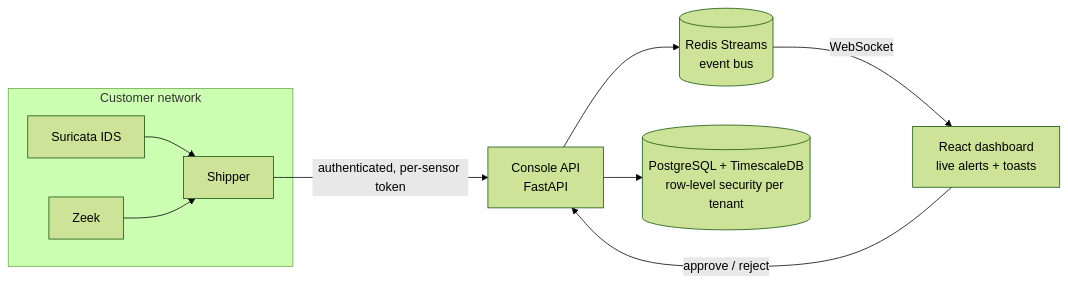
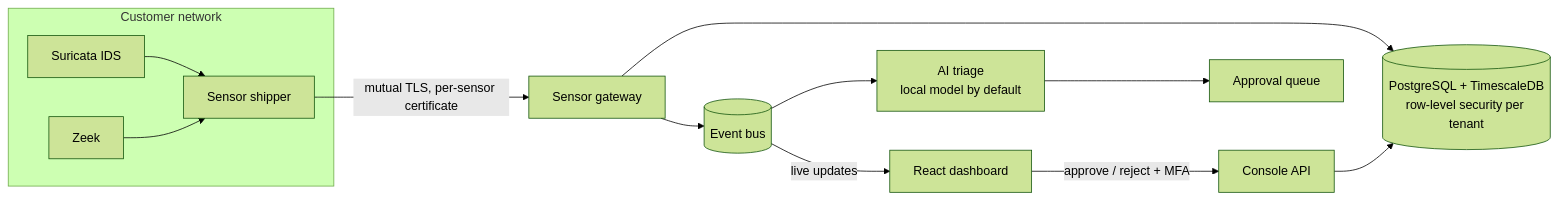
One commit to zmendz/amparo-showcase changed the diagram in README.md. Above: the diagram before and after it, drawn with Mermaid (forest theme). The commit also changed other lines of this file, not shown here.

````diff
--- a/README.md
+++ b/README.md
@@ -26,12 +29,15 @@
 ```mermaid
 flowchart LR
     subgraph Customer network
-        S[Suricata IDS] --> SH[Shipper]
+        S[Suricata IDS] --> SH[Sensor shipper]
         Z[Zeek] --> SH
     end
-    SH -- "authenticated, per-sensor token" --> API[Console API<br/>FastAPI]
-    API --> R[(Redis Streams<br/>event bus)]
-    API --> DB[(PostgreSQL + TimescaleDB<br/>row-level security per tenant)]
-    R -- WebSocket --> UI[React dashboard<br/>live alerts + toasts]
-    UI -- "approve / reject" --> API
+    SH -- "mutual TLS, per-sensor certificate" --> GW[Sensor gateway]
+    GW --> DB[(PostgreSQL + TimescaleDB<br/>row-level security per tenant)]
+    GW --> R[(Event bus)]
+    R --> AI[AI triage<br/>local model by default]
+    AI --> Q[Approval queue]
+    R -- live updates --> UI[React dashboard]
+    UI -- "approve / reject + MFA" --> API[Console API]
+    API --> DB
 ```
````
